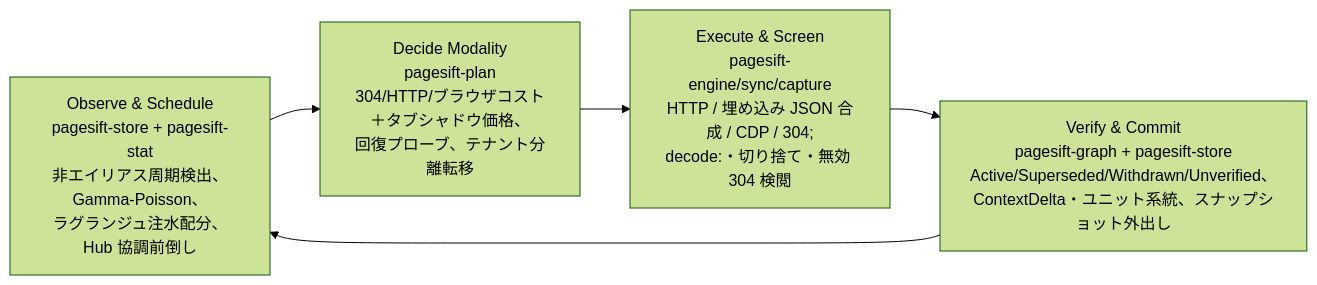
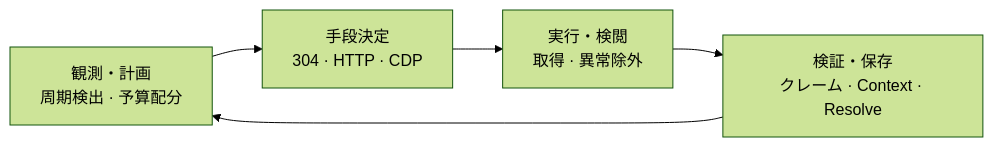
One commit to YOLOW92/pagesift changed the second of 4 diagrams in docs/README.ja.md. Above: the diagram before and after it, drawn with Mermaid (forest theme). The commit also changed other lines of this file and 104 other files, not shown here.

````diff
--- a/docs/README.ja.md
+++ b/docs/README.ja.md
@@ -185,9 +168,9 @@
 ```mermaid
 flowchart LR
-    Obs["Observe & Schedule<br/>pagesift-store + pagesift-stat<br/>非エイリアス周期検出、Gamma-Poisson、<br/>ラグランジュ注水配分、Hub 協調前倒し"]
-    Dec["Decide Modality<br/>pagesift-plan<br/>304/HTTP/ブラウザコスト＋タブシャドウ価格、<br/>回復プローブ、テナント分離転移"]
-    Exe["Execute & Screen<br/>pagesift-engine/sync/capture<br/>HTTP / 埋め込み JSON 合成 / CDP / 304;<br/>decode:・切り捨て・無効 304 検閲"]
-    Ver["Verify & Commit<br/>pagesift-graph + pagesift-store<br/>Active/Superseded/Withdrawn/Unverified、<br/>ContextDelta・ユニット系統、スナップショット外出し"]
+    Obs["観測・計画<br/>周期検出 · 予算配分"]
+    Dec["手段決定<br/>304 · HTTP · CDP"]
+    Exe["実行・検閲<br/>取得 · 異常除外"]
+    Ver["検証・保存<br/>クレーム · Context · Resolve"]
 
     Obs --> Dec --> Exe --> Ver --> Obs
 ```
````
